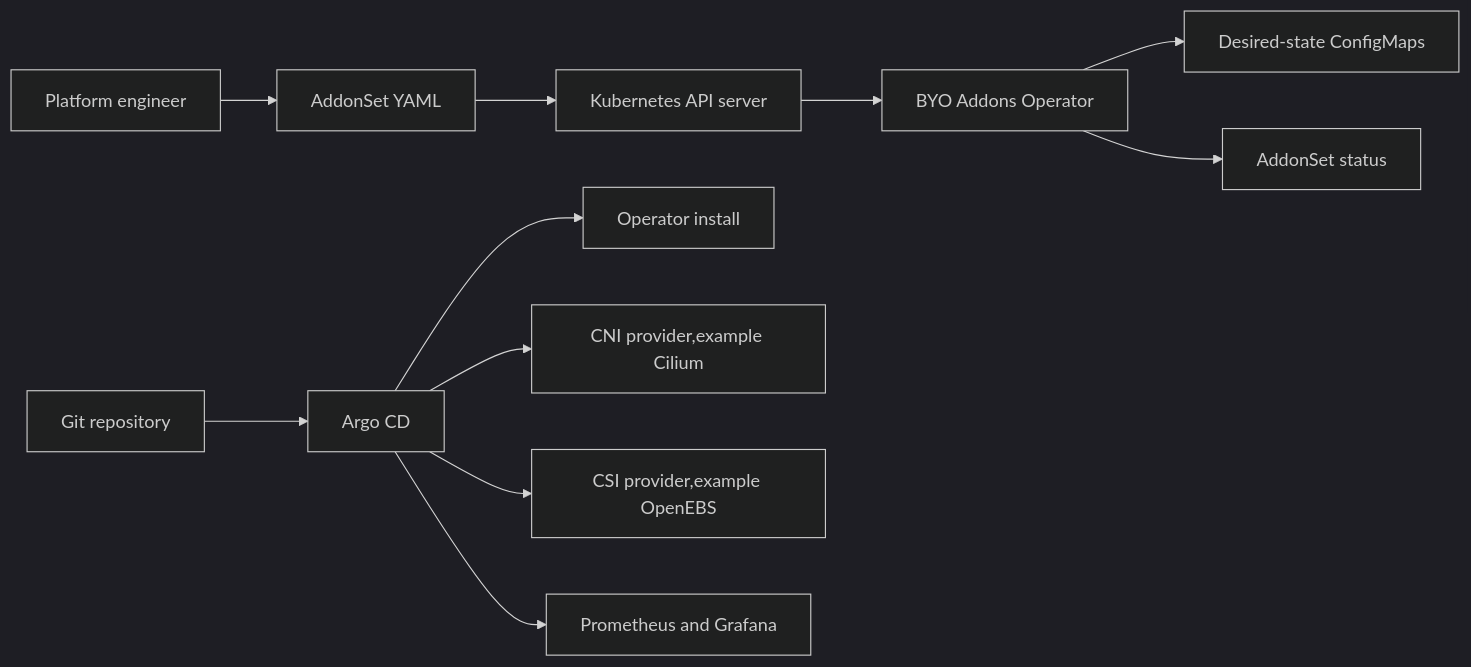
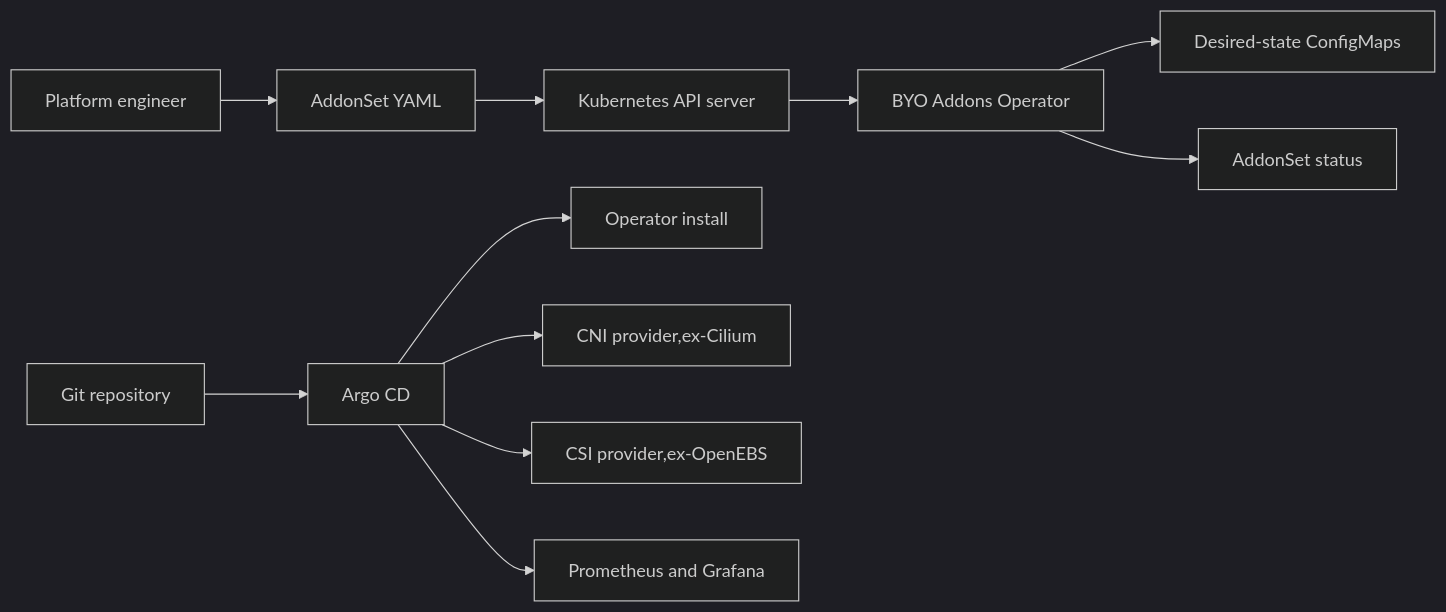
Before and after one commit to CodesbyUnnati/BYO-Addons: the diagram in README.md, drawn with Mermaid (dark theme).

Commit message:
Update CNI and CSI provider examples in README

````diff
--- a/README.md
+++ b/README.md
@@ -82,13 +82,13 @@
 ```mermaid
 flowchart LR
   User["Platform engineer"] --> AddonSet["AddonSet YAML"]
   AddonSet --> API["Kubernetes API server"]
   API --> Operator["BYO Addons Operator"]
   Operator --> ConfigMaps["Desired-state ConfigMaps"]
   Operator --> Status["AddonSet status"]
   Git["Git repository"] --> Argo["Argo CD"]
   Argo --> OperatorInstall["Operator install"]
-  Argo --> CNI["CNI provider,example Cilium"]
-  Argo --> CSI["CSI provider,example OpenEBS"]
+  Argo --> CNI["CNI provider,ex-Cilium"]
+  Argo --> CSI["CSI provider,ex-OpenEBS"]
   Argo --> Observability["Prometheus and Grafana"]
 ```
````
